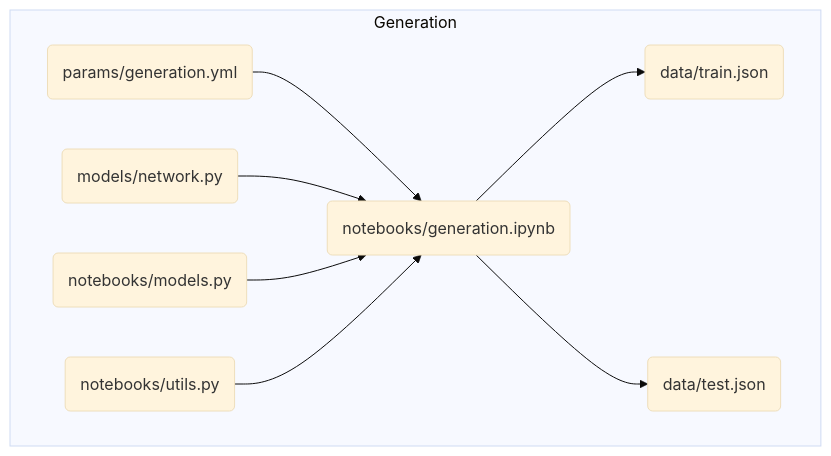
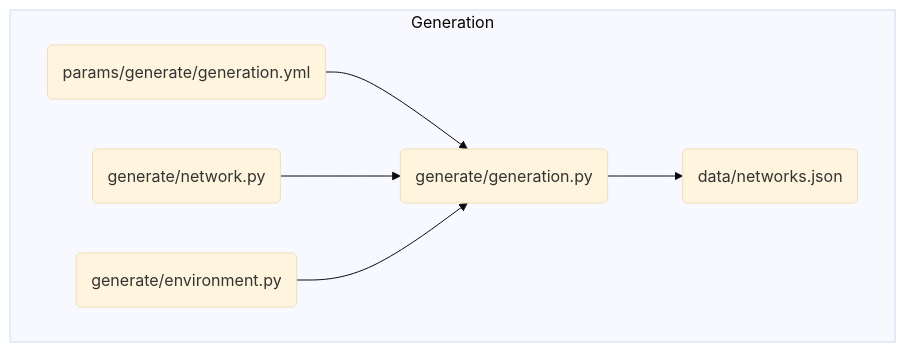
One commit to LBrinkmann/reward-network-iii-algorithm changed the first of 3 diagrams in README.md. Above: the diagram before and after it, drawn with Mermaid (base theme). The commit also changed other lines of this file, not shown here.

````diff
--- a/README.md
+++ b/README.md
@@ -33,13 +33,11 @@
 ```mermaid
 
 flowchart TD
 
 subgraph Generation
-A(params/generation.yml) --> B(notebooks/generation.ipynb)
-W(models/network.py) --> B(notebooks/generation.ipynb)
-H(notebooks/models.py) --> B(notebooks/generation.ipynb)
-G(notebooks/utils.py) --> B(notebooks/generation.ipynb)
-B(notebooks/generation.ipynb) --> C(data/train.json)
-B(notebooks/generation.ipynb) --> X(data/test.json)
+A(params/generate/generation.yml) --> B(generate/generation.py)
+W(generate/network.py) --> B(generate/generation.py)
+H(generate/environment.py) --> B(generate/generation.py)
+B(generate/generation.py) --> C(data/networks.json)
 end
 ```
````
